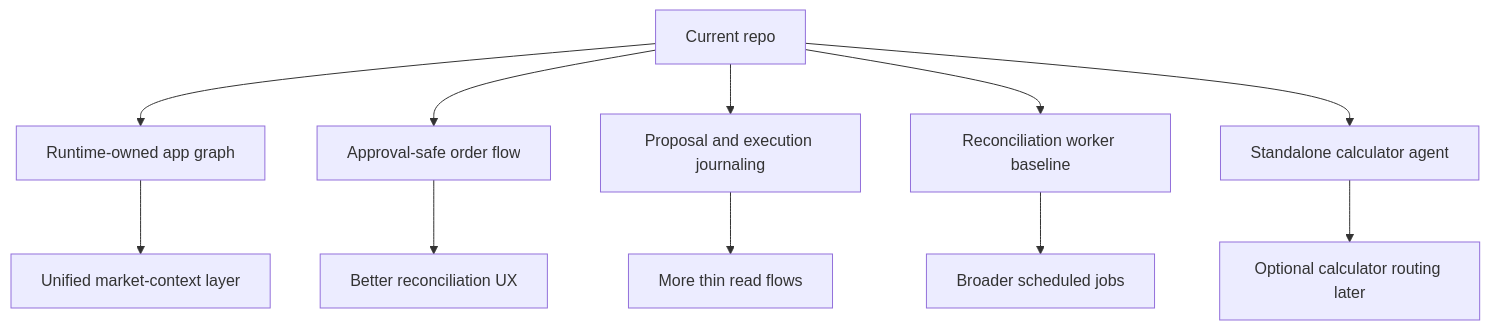
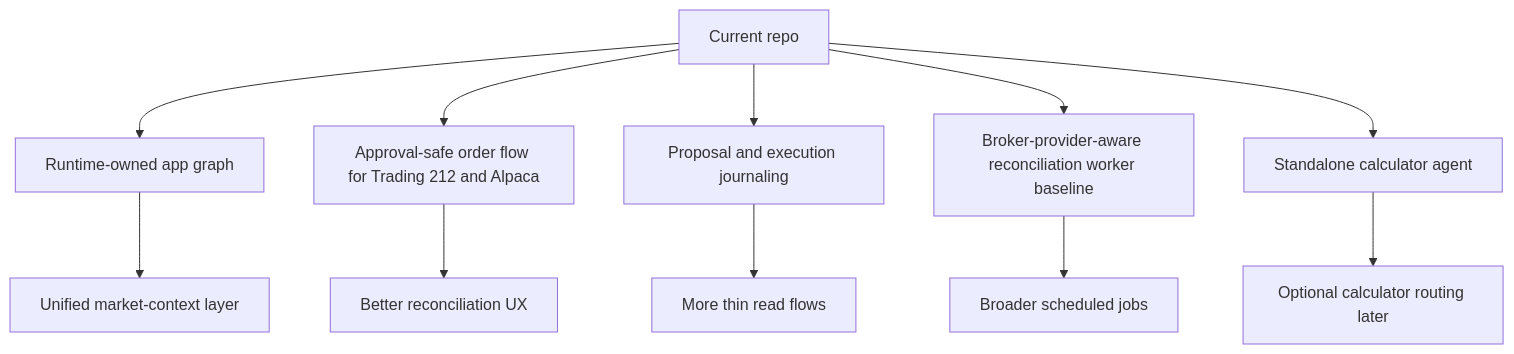
One commit to applebar17/T212AI changed the eighth of 8 diagrams in docs/ARCHITECTURE_DIAGRAMS.md. Above: the diagram before and after it, drawn with Mermaid. The commit also changed other lines of this file and 2 other files, not shown here.

````diff
--- a/docs/ARCHITECTURE_DIAGRAMS.md
+++ b/docs/ARCHITECTURE_DIAGRAMS.md
@@ -196,14 +199,14 @@
 ```mermaid
 flowchart TD
     NOW[Current repo] --> A[Runtime-owned app graph]
-    NOW --> B[Approval-safe order flow]
+    NOW --> B[Approval-safe order flow for Trading 212 and Alpaca]
     NOW --> C[Proposal and execution journaling]
-    NOW --> D[Reconciliation worker baseline]
+    NOW --> D[Broker-provider-aware reconciliation worker baseline]
     NOW --> E[Standalone calculator agent]
 
     A --> NEXT1[Unified market-context layer]
     B --> NEXT2[Better reconciliation UX]
     C --> NEXT3[More thin read flows]
     D --> NEXT4[Broader scheduled jobs]
     E --> NEXT5[Optional calculator routing later]
 ```
````
